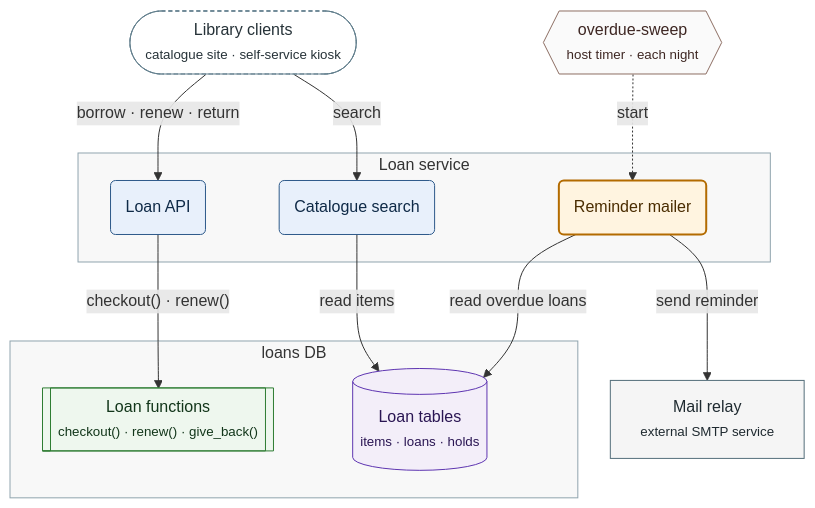
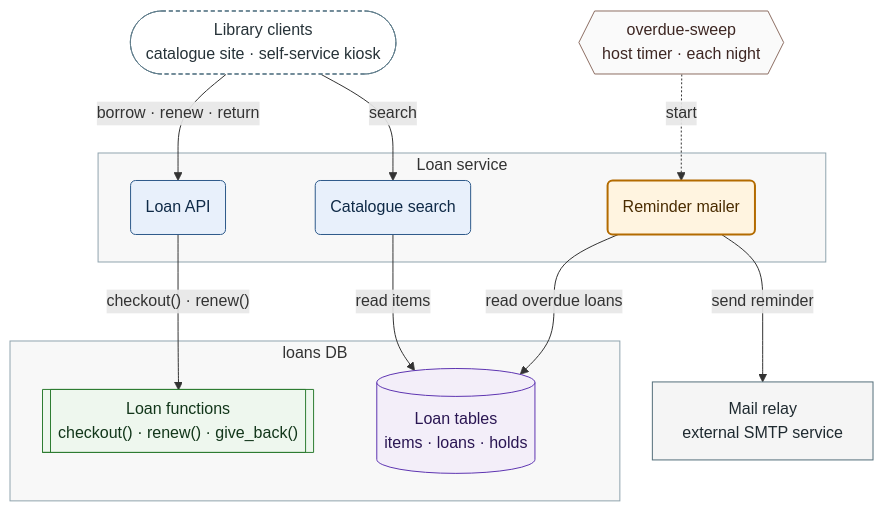
One commit to MatrixFounder/Agentic-development changed the first of 4 diagrams in .agent/skills/mermaid-authoring-guidelines/references/flowchart.md. Above: the diagram before and after it, drawn with Mermaid. The commit also changed other lines of this file and 41 other files, not shown here.

````diff
--- a/.agent/skills/mermaid-authoring-guidelines/references/flowchart.md
+++ b/.agent/skills/mermaid-authoring-guidelines/references/flowchart.md
@@ -156,41 +158,41 @@
 ```mermaid
-%%{init: {"layout": "dagre", "look": "classic", "flowchart": {"nodeSpacing": 45, "rankSpacing": 55, "wrappingWidth": 400}}}%%
+%%{init: {"layout": "dagre", "look": "classic", "flowchart": {"nodeSpacing": 45, "rankSpacing": 55, "wrappingWidth": 400}, "themeCSS": "foreignObject { overflow: visible; }"}}%%
 flowchart TB
   accTitle: Loan system containers
   accDescr: Who calls whom, from the clients down to the stores.
-  CLI(["Library clients<br/><small>catalogue site · self-service kiosk</small>"])
-  SWEEP{{"overdue-sweep<br/><small>host timer · each night</small>"}}
+  CLI(["Library clients<br/>catalogue site · self-service kiosk"])
+  SWEEP{{"overdue-sweep<br/>host timer · each night"}}
   subgraph LOAN["Loan service"]
     API("Loan API")
     SRCH("Catalogue search")
     REM("Reminder mailer")
   end
   subgraph DATA["loans DB"]
-    FN[["Loan functions<br/><small>checkout() · renew() · give_back()</small>"]]
-    TBL[("Loan tables<br/><small>items · loans · holds</small>")]
+    FN[["Loan functions<br/>checkout() · renew() · give_back()"]]
+    TBL[("Loan tables<br/>items · loans · holds")]
   end
-  MAIL["Mail relay<br/><small>external SMTP service</small>"]
+  MAIL["Mail relay<br/>external SMTP service"]
   CLI -->|"borrow · renew · return"| API
   CLI -->|"search"| SRCH
   SWEEP -.->|"start"| REM
   API -->|"checkout() · renew()"| FN
   SRCH -->|"read items"| TBL
   REM -->|"read overdue loans"| TBL
   REM -->|"send reminder"| MAIL
   class CLI ext
   class API,SRCH wf
   class REM wfNew
   class FN fn
   class TBL db
   class MAIL svc
   class SWEEP infra
   style LOAN fill:#7F7F7F0D,stroke:#90A4AE
   style DATA fill:#7F7F7F0D,stroke:#90A4AE
   classDef ext fill:#FFFFFF,stroke:#607D8B,color:#263238,stroke-dasharray:4 3
   classDef wf fill:#E8F0FB,stroke:#2E5A8A,color:#0F2A47
   classDef wfNew fill:#FFF4E0,stroke:#B36B00,color:#4A2C00,stroke-width:2px
   classDef fn fill:#EEF7EE,stroke:#2E7D32,color:#12361A
   classDef db fill:#F3EEF9,stroke:#5E35B1,color:#2A1653
   classDef svc fill:#F5F5F5,stroke:#546E7A,color:#1F2A30
   classDef infra fill:#FAFAFA,stroke:#8D6E63,color:#3E2723
 ```
````
